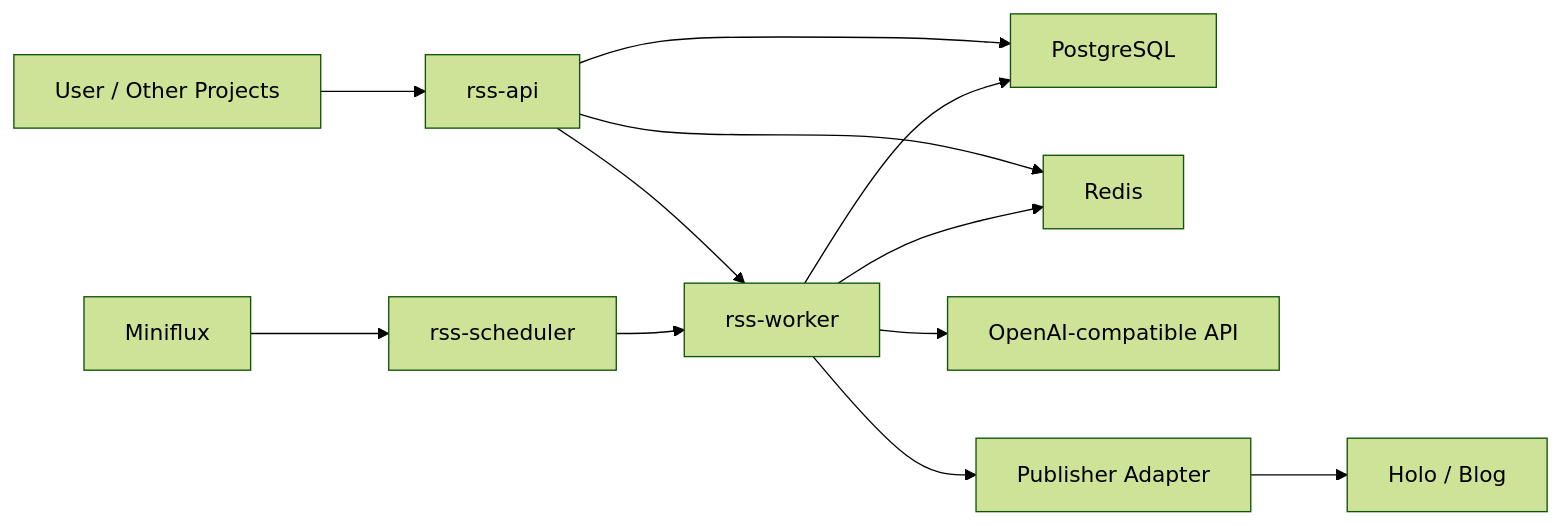
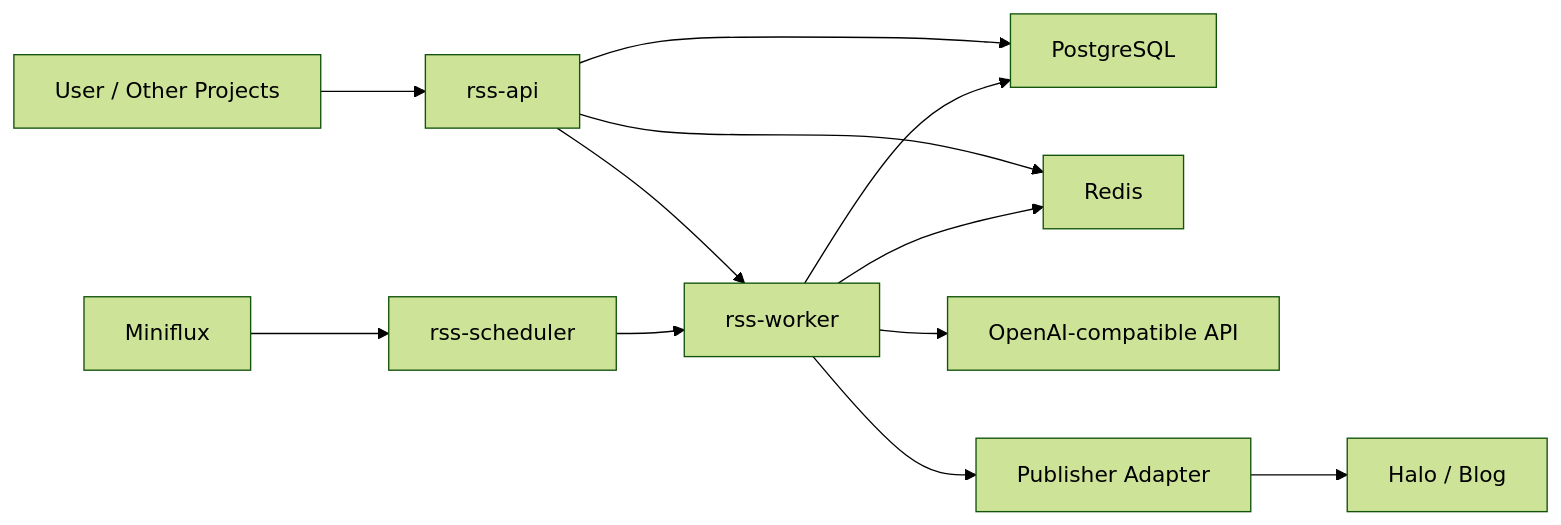
One commit to ErzerLP/FluxDigest changed the diagram in docs/superpowers/specs/2026-04-10-rss-ai-digest-platform-design.md. Above: the diagram before and after it, drawn with Mermaid (forest theme). The commit also changed other lines of this file and 22 other files, not shown here.

````diff
--- a/docs/superpowers/specs/2026-04-10-rss-ai-digest-platform-design.md
+++ b/docs/superpowers/specs/2026-04-10-rss-ai-digest-platform-design.md
@@ -98,16 +98,16 @@
 ```mermaid
 flowchart LR
     A["Miniflux"] --> S["rss-scheduler"]
     S --> W["rss-worker"]
 
     W --> P["PostgreSQL"]
     W --> R["Redis"]
     W --> M["OpenAI-compatible API"]
     W --> B["Publisher Adapter"]
-    B --> H["Holo / Blog"]
+    B --> H["Halo / Blog"]
 
     U["User / Other Projects"] --> API["rss-api"]
     API --> P
     API --> R
     API --> W
 ```
````
